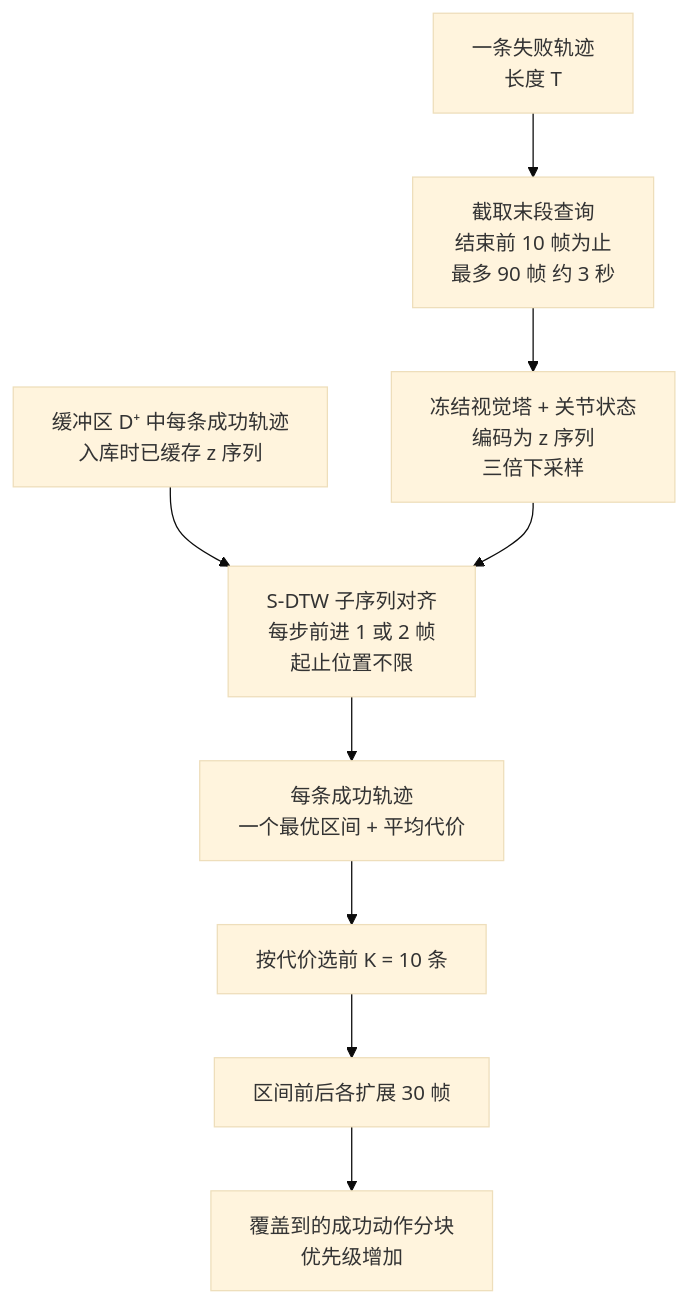
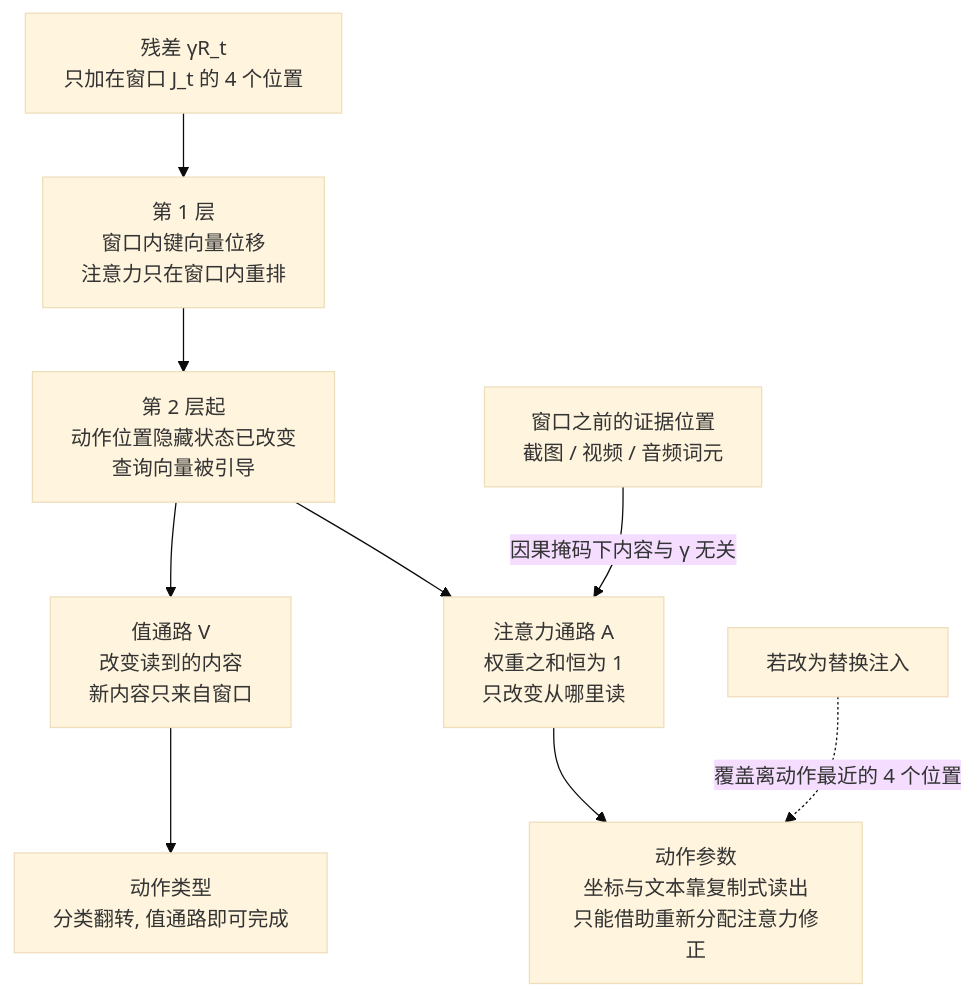
One commit to yingwang/paper-reads changed the sixth of 7 diagrams in docs/index.md. Above: the diagram before and after it, drawn with Mermaid (base theme). The commit also changed other lines of this file and 2 other files, not shown here.

````diff
--- a/docs/index.md
+++ b/docs/index.md
@@ -211,11 +349,11 @@
 ```mermaid
 flowchart TD
-    F["一条失败轨迹<br/>长度 T"] --> Q["截取末段查询<br/>结束前 10 帧为止<br/>最多 90 帧 约 3 秒"]
-    Q --> EQ["冻结视觉塔 + 关节状态<br/>编码为 z 序列<br/>三倍下采样"]
-    B["缓冲区 D⁺ 中每条成功轨迹<br/>入库时已缓存 z 序列"] --> DTW
-    EQ --> DTW["S-DTW 子序列对齐<br/>每步前进 1 或 2 帧<br/>起止位置不限"]
-    DTW --> C["每条成功轨迹<br/>一个最优区间 + 平均代价"]
-    C --> K["按代价选前 K = 10 条"]
-    K --> X["区间前后各扩展 30 帧"]
-    X --> W["覆盖到的成功动作分块<br/>优先级增加"]
+    R["残差 γR_t<br/>只加在窗口 J_t 的 4 个位置"] --> L1["第 1 层<br/>窗口内键向量位移<br/>注意力只在窗口内重排"]
+    L1 --> L2["第 2 层起<br/>动作位置隐藏状态已改变<br/>查询向量被引导"]
+    L2 --> V["值通路 V<br/>改变读到的内容<br/>新内容只来自窗口"]
+    L2 --> A["注意力通路 A<br/>权重之和恒为 1<br/>只改变从哪里读"]
+    V --> T["动作类型<br/>分类翻转, 值通路即可完成"]
+    A --> ARG["动作参数<br/>坐标与文本靠复制式读出<br/>只能借助重新分配注意力修正"]
+    EV["窗口之前的证据位置<br/>截图 / 视频 / 音频词元"] -->|"因果掩码下内容与 γ 无关"| A
+    SUB["若改为替换注入"] -.->|"覆盖离动作最近的 4 个位置"| ARG
 ```
````
